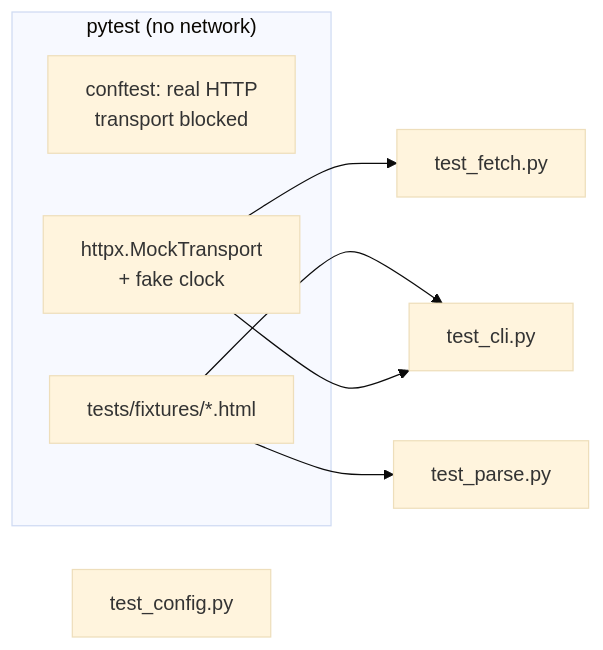
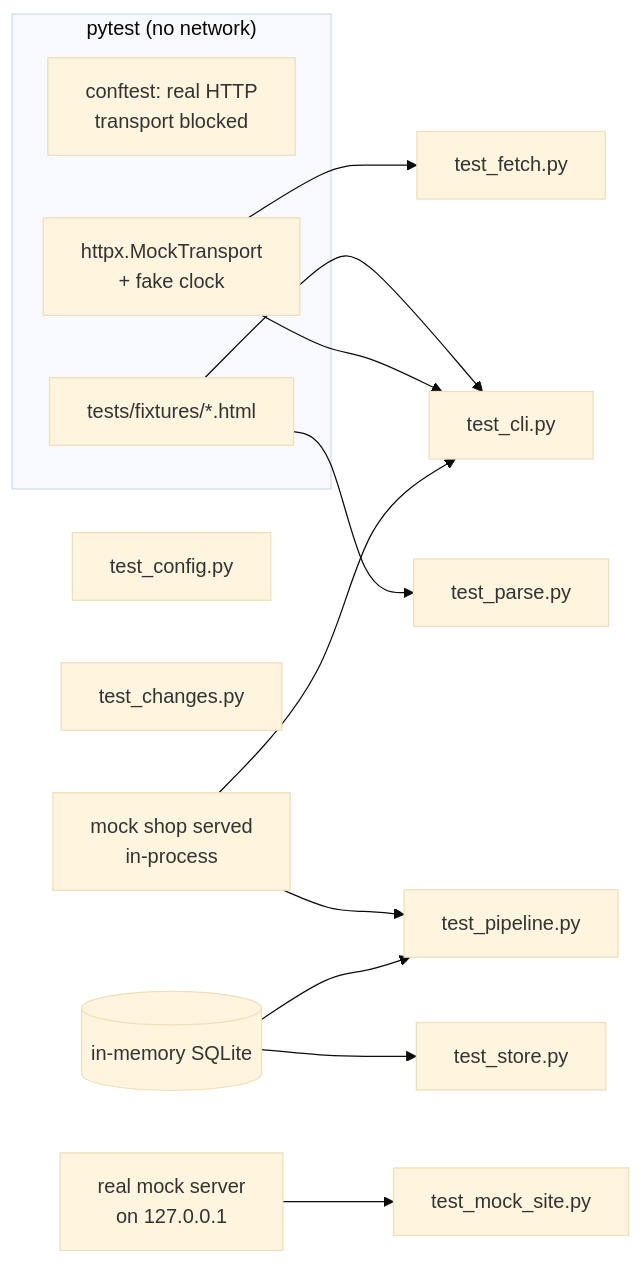
The ninth of 9 diagrams in ARCHITECTURE.md (yahani/kestrel), drawn with Mermaid (base theme) before and after one commit. The commit also changed other lines of this file and 2 other files, not shown here.

Commit message:
Update ARCHITECTURE.md, README and PROGRESS.md for end of session 3

````diff
--- a/ARCHITECTURE.md
+++ b/ARCHITECTURE.md
@@ -172,13 +281,19 @@
 ```mermaid
 flowchart LR
     subgraph tests["pytest (no network)"]
         guard["conftest: real HTTP<br/>transport blocked"]
         mock["httpx.MockTransport<br/>+ fake clock"]
         fx["tests/fixtures/*.html"]
     end
     mock --> fetchT[test_fetch.py]
     fx --> parseT[test_parse.py]
     fx --> cliT[test_cli.py]
     mock --> cliT
+    shop["mock shop served<br/>in-process"] --> pipeT[test_pipeline.py]
+    shop --> cliT
+    mem[("in-memory SQLite")] --> storeT[test_store.py]
+    mem --> pipeT
     cfgT[test_config.py]
+    chT[test_changes.py]
+    real["real mock server<br/>on 127.0.0.1"] --> mockT[test_mock_site.py]
 ```
````
